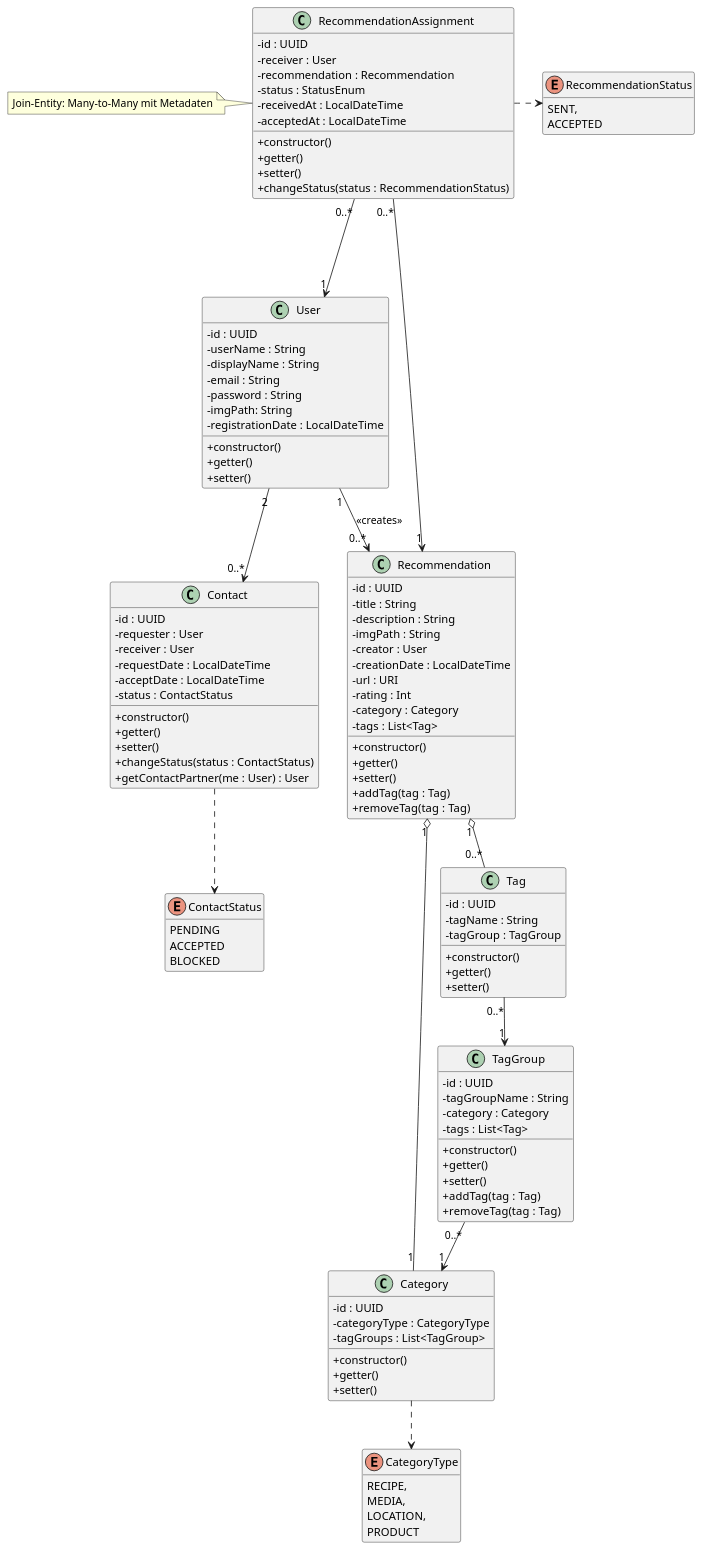
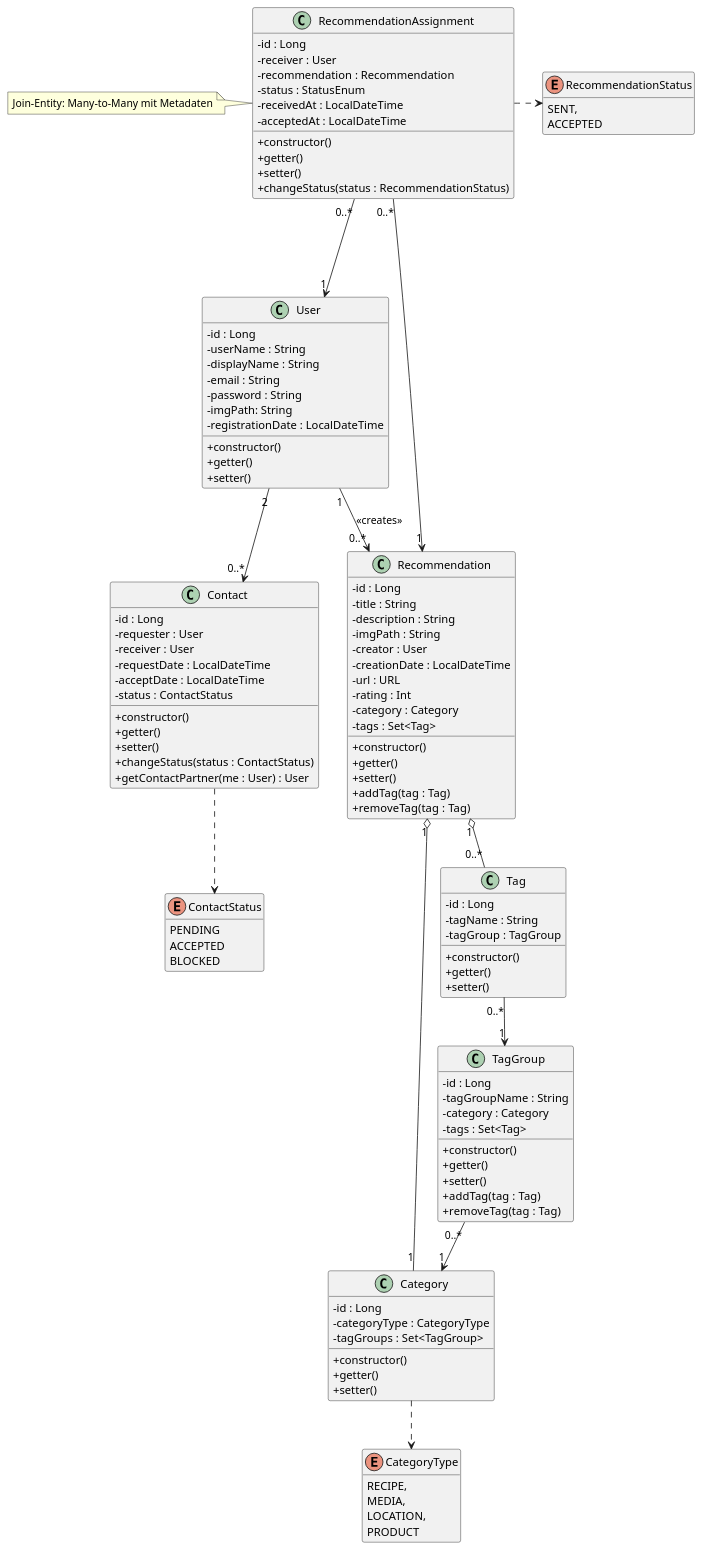
The diagram in uml/class/Class_Pflichtenheft.puml (SpaghettiCodeGang/TryLater-Server), drawn with PlantUML before and after one commit. The commit also changed 4 other files, not shown here.

Commit message:
update: changes uuid to long and adds the image class to the full class diagram

```diff
--- a/uml/class/Class_Pflichtenheft.puml
+++ b/uml/class/Class_Pflichtenheft.puml
@@ -1,132 +1,132 @@
 @startuml
 allowmixing
 skinparam classAttributeIconSize 0
 hide empty members
 
 class User {
-    - id : UUID
+    - id : Long
     - userName : String
     - displayName : String
     - email : String
     - password : String
     - imgPath: String
     - registrationDate : LocalDateTime
     + constructor()
     + getter()
     + setter()
 }
 
 enum ContactStatus {
     PENDING
     ACCEPTED
     BLOCKED
 }
 
 class Contact {
-    - id : UUID
+    - id : Long
     - requester : User
     - receiver : User
     - requestDate : LocalDateTime
     - acceptDate : LocalDateTime
     - status : ContactStatus
     + constructor()
     + getter()
     + setter()
     + changeStatus(status : ContactStatus)
     + getContactPartner(me : User) : User
 }
 
 class RecommendationAssignment {
-    - id : UUID
+    - id : Long
     - receiver : User
     - recommendation : Recommendation
     - status : StatusEnum
     - receivedAt : LocalDateTime
     - acceptedAt : LocalDateTime
     + constructor()
     + getter()
     + setter()
     + changeStatus(status : RecommendationStatus)
 }
 
 note left of RecommendationAssignment
   Join-Entity: Many-to-Many mit Metadaten
 end note
 
 enum RecommendationStatus {
     SENT,
     ACCEPTED
 }
 
 class Recommendation {
-    - id : UUID
+    - id : Long
     - title : String
     - description : String
     - imgPath : String
     - creator : User
     - creationDate : LocalDateTime
-    - url : URI
+    - url : URL
     - rating : Int
     - category : Category
-    - tags : List<Tag>
+    - tags : Set<Tag>
     + constructor()
     + getter()
     + setter()
     + addTag(tag : Tag)
     + removeTag(tag : Tag)
 }
 
 enum CategoryType {
     RECIPE,
     MEDIA,
     LOCATION,
     PRODUCT
 }
 
 class  Category {
-    - id : UUID
+    - id : Long
     - categoryType : CategoryType
-    - tagGroups : List<TagGroup>
+    - tagGroups : Set<TagGroup>
     + constructor()
     + getter()
     + setter()
 }
 
 class TagGroup {
-    - id : UUID
+    - id : Long
     - tagGroupName : String
     - category : Category
-    - tags : List<Tag>
+    - tags : Set<Tag>
     + constructor()
     + getter()
     + setter()
     + addTag(tag : Tag)
     + removeTag(tag : Tag)
 }
 
 class Tag {
-    - id : UUID
+    - id : Long
     - tagName : String
     - tagGroup : TagGroup
     + constructor()
     + getter()
     + setter()
 }
 
 User "2" --> "0..*" Contact
 User "1" --> "0..*" Recommendation : <<creates>>
 
 Contact ..> ContactStatus
 
 RecommendationAssignment "0..*" ---> "1" User
 RecommendationAssignment "0..*" ---> "1" Recommendation
 RecommendationAssignment .> RecommendationStatus
 
 Recommendation "1" o-- "1" Category
 Recommendation "1" o-- "0..*" Tag
 
 Category ..> CategoryType
 TagGroup "0..*" --> "1" Category
 Tag "0..*" --> "1" TagGroup
 
 @enduml
```
